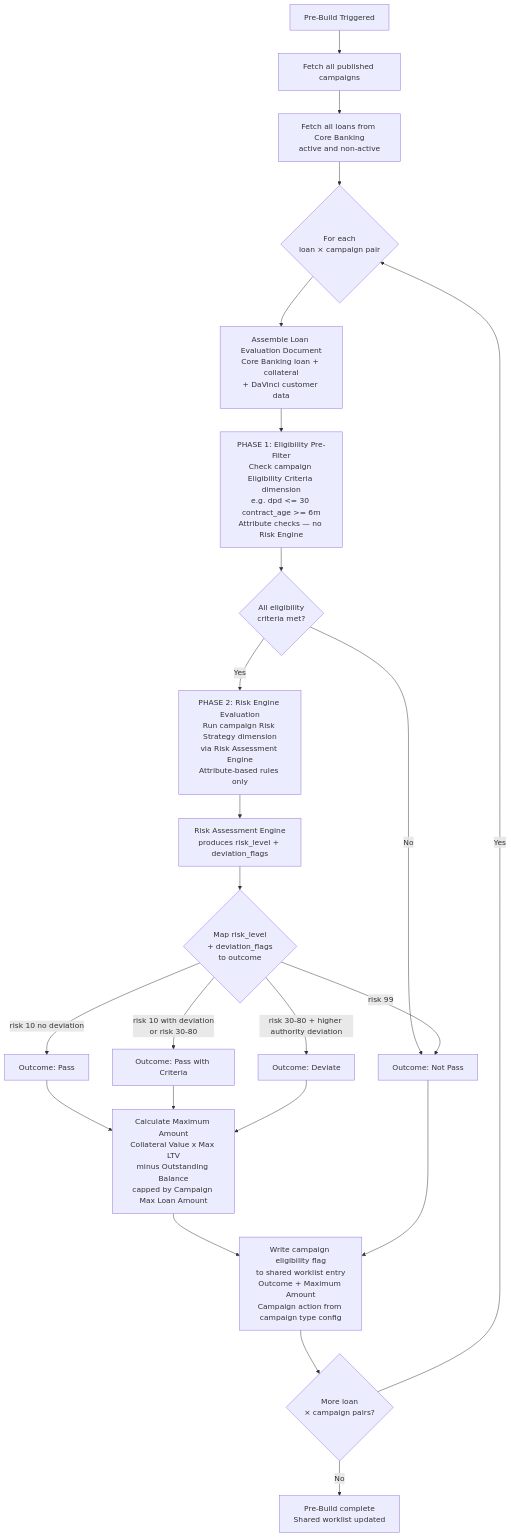
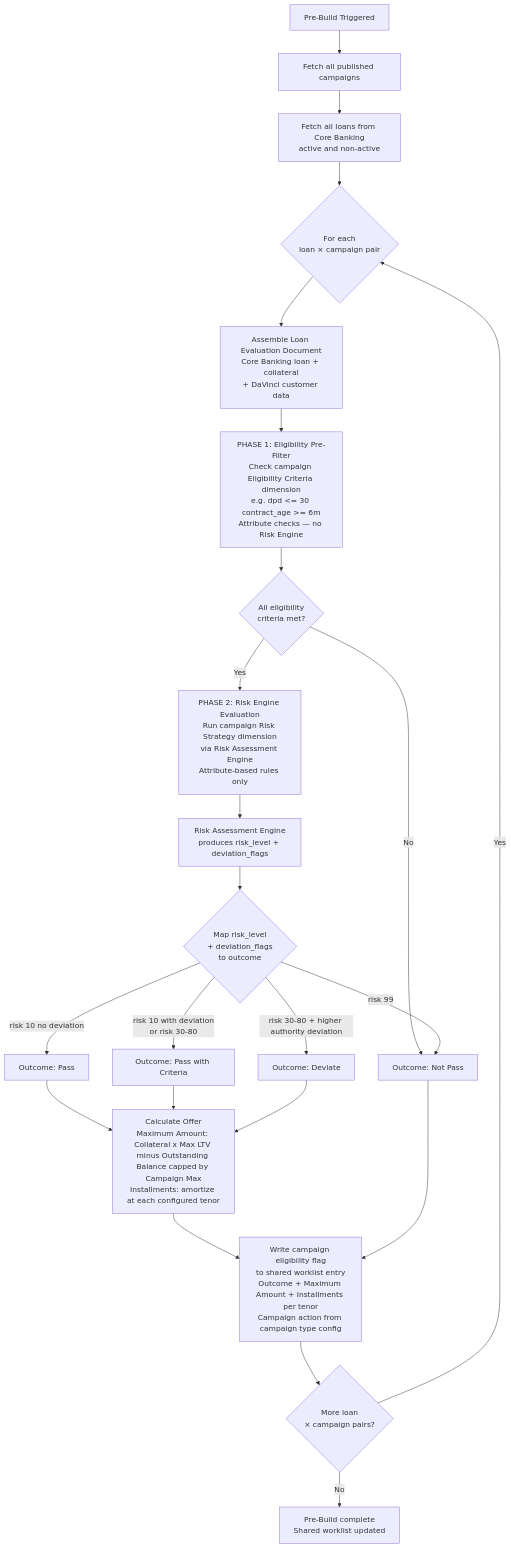
One commit to chanatan-sri/TurboProduct changed the first of 2 diagrams in product/credit/onigiri/capabilities/campaign-eligibility-pre-build/CAPABILITY.md. Above: the diagram before and after it, drawn with Mermaid. The commit also changed other lines of this file and 3 other files, not shown here.

First line of the commit message:
feat(onigiri): offer calculation, pre-approval flow merge, topology D unification

````diff
--- a/product/credit/onigiri/capabilities/campaign-eligibility-pre-build/CAPABILITY.md
+++ b/product/credit/onigiri/capabilities/campaign-eligibility-pre-build/CAPABILITY.md
@@ -217,32 +240,32 @@
 ```mermaid
 flowchart TD
     A[Pre-Build Triggered] --> B[Fetch all published campaigns]
     B --> C[Fetch all loans from Core Banking\nactive and non-active]
 
     C --> D{For each\nloan × campaign pair}
 
     D --> E[Assemble Loan Evaluation Document\nCore Banking loan + collateral\n+ DaVinci customer data]
 
     E --> F[PHASE 1: Eligibility Pre-Filter\nCheck campaign Eligibility Criteria dimension\ne.g. dpd <= 30 contract_age >= 6m\nAttribute checks — no Risk Engine]
     F --> G{All eligibility\ncriteria met?}
     G -- No --> NP[Outcome: Not Pass]
 
     G -- Yes --> H[PHASE 2: Risk Engine Evaluation\nRun campaign Risk Strategy dimension\nvia Risk Assessment Engine\nAttribute-based rules only]
     H --> I[Risk Assessment Engine\nproduces risk_level + deviation_flags]
 
     I --> J{Map risk_level\n+ deviation_flags\nto outcome}
     J -- risk 10 no deviation --> PA[Outcome: Pass]
     J -- risk 10 with deviation\nor risk 30-80 --> PWC[Outcome: Pass with Criteria]
     J -- risk 30-80 + higher authority deviation --> DEV[Outcome: Deviate]
     J -- risk 99 --> NP
 
-    PA --> K[Calculate Maximum Amount\nCollateral Value x Max LTV\nminus Outstanding Balance\ncapped by Campaign Max Loan Amount]
+    PA --> K[Calculate Offer\nMaximum Amount: Collateral x Max LTV minus Outstanding Balance capped by Campaign Max\nInstallments: amortize at each configured tenor]
     PWC --> K
     DEV --> K
-    K --> W[Write campaign eligibility flag\nto shared worklist entry\nOutcome + Maximum Amount\nCampaign action from campaign type config]
+    K --> W[Write campaign eligibility flag\nto shared worklist entry\nOutcome + Maximum Amount + Installments per tenor\nCampaign action from campaign type config]
 
     NP --> W
     W --> X{More loan\n× campaign pairs?}
     X -- Yes --> D
     X -- No --> Z[Pre-Build complete\nShared worklist updated]
 ```
````
